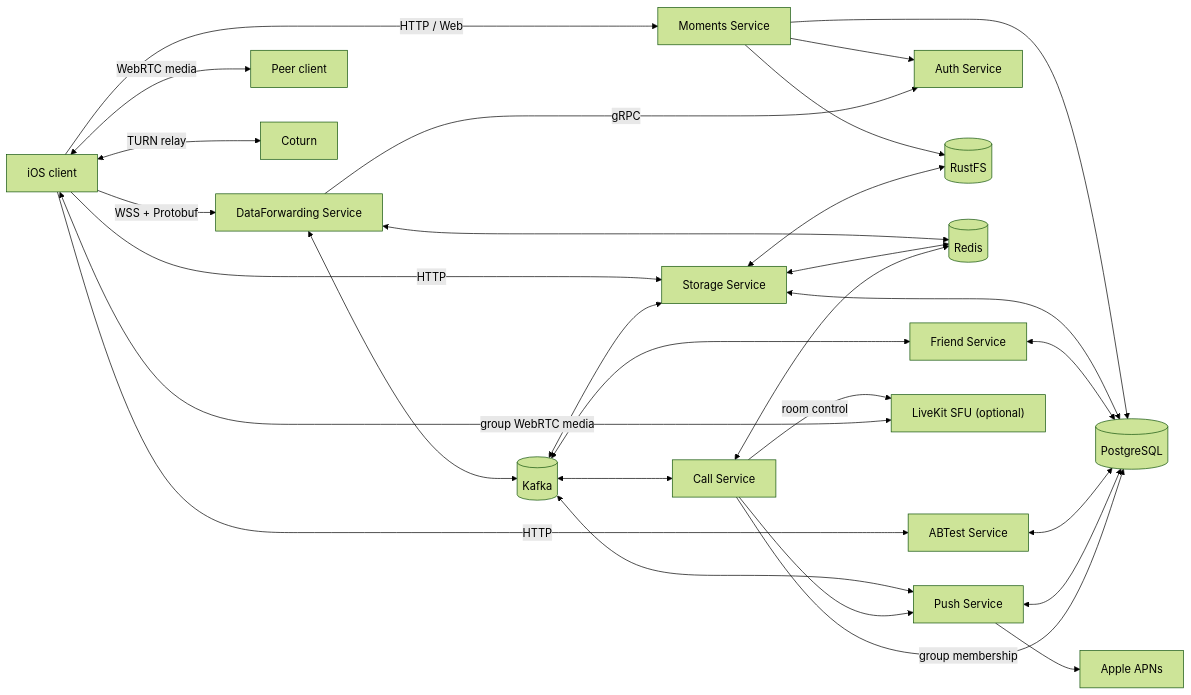
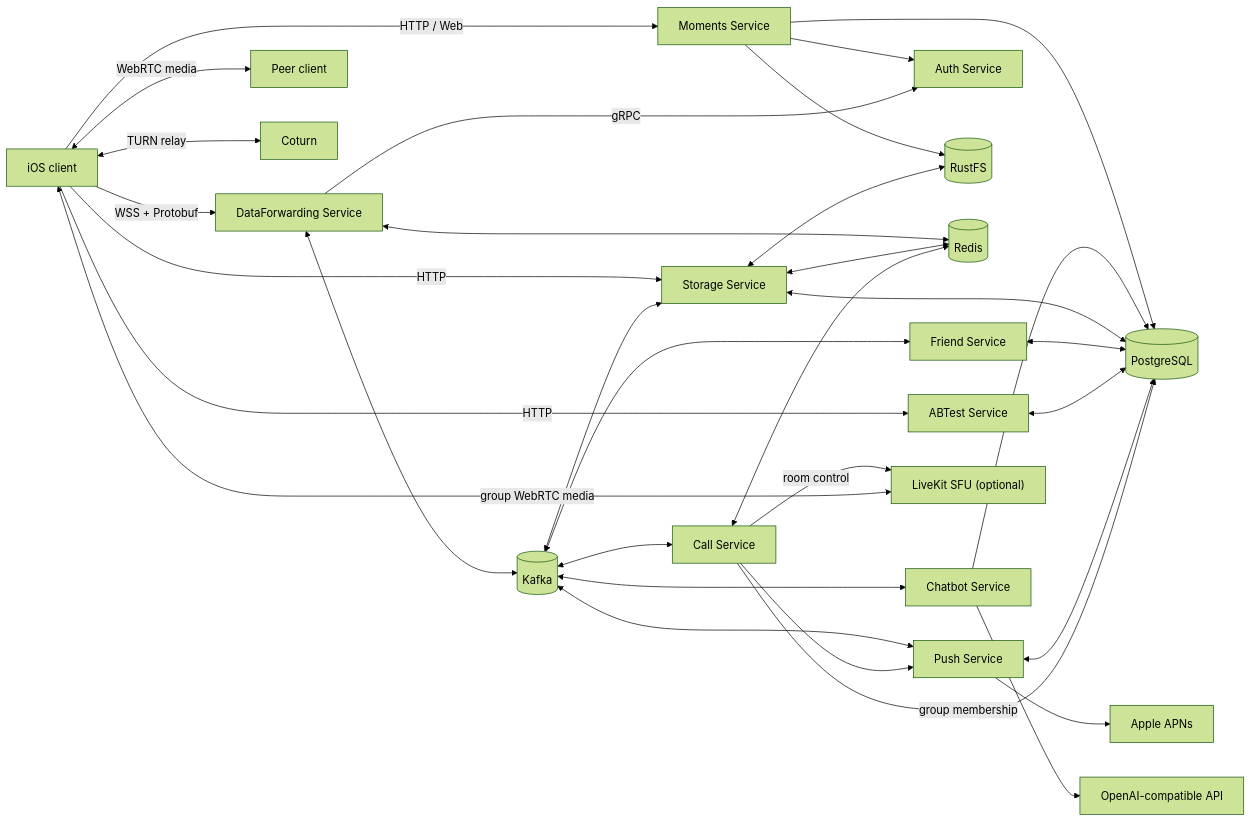
The diagram in README.md (Voltline/Betterfly2), drawn with Mermaid (forest theme) before and after one commit. The commit also changed other lines of this file and 41 other files, not shown here.

````diff
--- a/README.md
+++ b/README.md
@@ -31,31 +32,34 @@
 ```mermaid
 flowchart LR
     Client["iOS client"] -->|"WSS + Protobuf"| DF["DataForwarding Service"]
     Client -->|"HTTP"| Storage["Storage Service"]
     Client -->|"HTTP"| AB["ABTest Service"]
     Client -->|"HTTP / Web"| Moments["Moments Service"]
     Moments --> Auth
     Moments --> PG
     Moments --> RustFS
     DF -->|"gRPC"| Auth["Auth Service"]
     DF <--> Redis[(Redis)]
     DF <--> Kafka[(Kafka)]
     Kafka <--> Storage
     Kafka <--> Friend["Friend Service"]
     Kafka <--> Call["Call Service"]
     Kafka <--> Push["Push Service"]
+    Kafka <--> Chatbot["Chatbot Service"]
+    Chatbot --> PG
+    Chatbot --> LLM["OpenAI-compatible API"]
     Storage <--> Redis
     Storage <--> PG[(PostgreSQL)]
     Storage <--> RustFS[(RustFS)]
     Friend <--> PG
     AB <--> PG
     Push <--> PG
     Push --> APNs["Apple APNs"]
     Call <--> Redis
     Call -->|"group membership"| PG
     Call -->|"room control"| SFU["LiveKit SFU (optional)"]
     Client <-->|"group WebRTC media"| SFU
     Call --> Push
     Client <-->|"WebRTC media"| Peer["Peer client"]
     Client <-->|"TURN relay"| Coturn["Coturn"]
 ```
````
